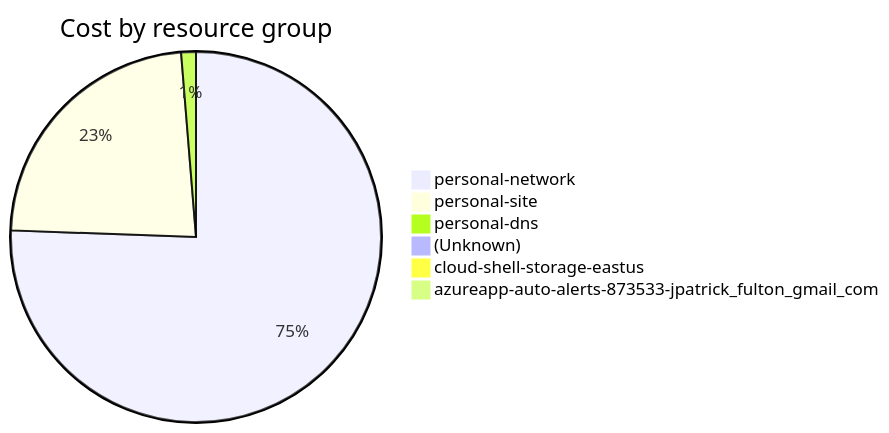
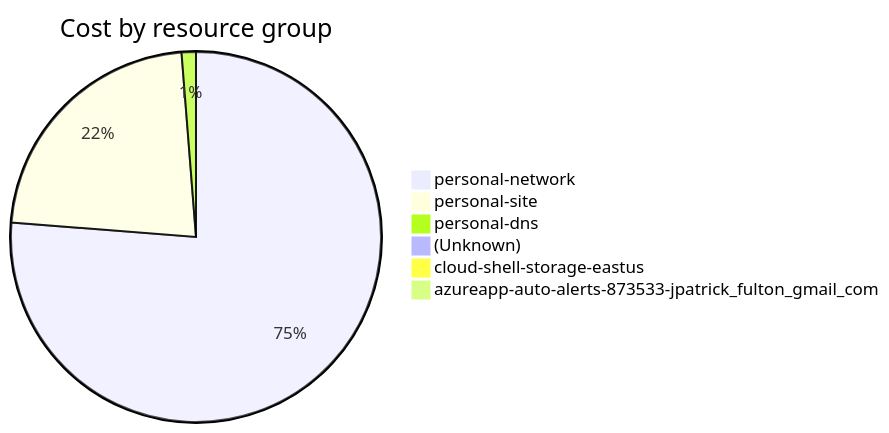
The fourth of 4 diagrams in cost-reports/accumulated-cost.md (jpfulton/azure-personal-reports), drawn with Mermaid before and after one commit. The commit also changed other lines of this file and 4 other files, not shown here.

````diff
--- a/cost-reports/accumulated-cost.md
+++ b/cost-reports/accumulated-cost.md
@@ -156,10 +156,10 @@
 ```mermaid
 pie
    title Cost by resource group
-   "personal-network" : 46.40
-   "personal-site" : 14.21
-   "personal-dns" : 0.79
-   "(Unknown)" : 0.56
-   "cloud-shell-storage-eastus" : 0.25
+   "personal-network" : 50.09
+   "personal-site" : 14.78
+   "personal-dns" : 0.82
+   "(Unknown)" : 0.57
+   "cloud-shell-storage-eastus" : 0.26
    "azureapp-auto-alerts-873533-jpatrick_fulton_gmail_com" : 0.00
 ```
````
